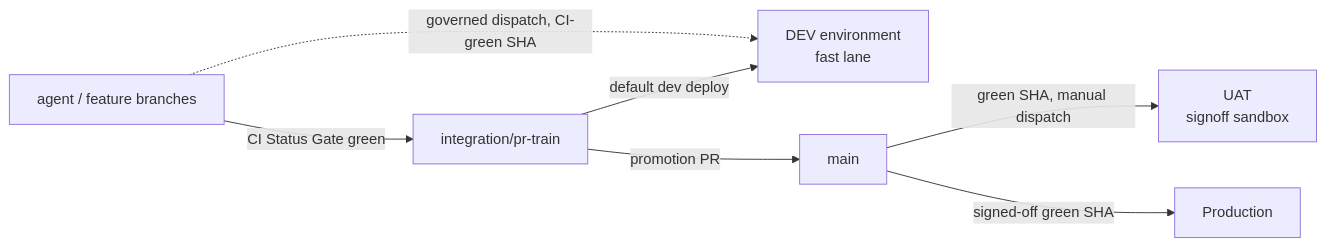
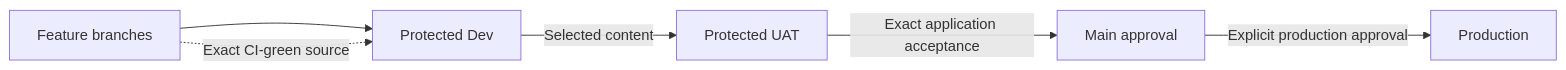
One commit to hushh-labs/hushh-research changed the diagram in docs/reference/operations/dev-fast-lane.md. Above: the diagram before and after it, drawn with Mermaid. The commit also changed other lines of this file and 10 other files, not shown here.

Commit message:
ci: prepare protected Dev intake and preserve UAT defaults

````diff
--- a/docs/reference/operations/dev-fast-lane.md
+++ b/docs/reference/operations/dev-fast-lane.md
@@ -84,15 +87,8 @@
 ```mermaid
 flowchart LR
-  feature["agent / feature branches"]
-  train["integration/pr-train"]
-  dev["DEV environment<br/>fast lane"]
-  main["main"]
-  uat["UAT<br/>signoff sandbox"]
-  prod["Production"]
-  feature -->|"CI Status Gate green"| train
-  train -->|"default dev deploy"| dev
-  feature -.->|"governed dispatch, CI-green SHA"| dev
-  train -->|promotion PR| main
-  main -->|"green SHA, manual dispatch"| uat
-  main -->|"signed-off green SHA"| prod
+  feature["Feature branches"] --> dev["Protected Dev"]
+  dev -->|"Selected content"| uat["Protected UAT"]
+  uat -->|"Exact application acceptance"| main["Main approval"]
+  main -->|"Explicit production approval"| prod["Production"]
+  feature -.->|"Exact CI-green source"| dev
 ```
````
